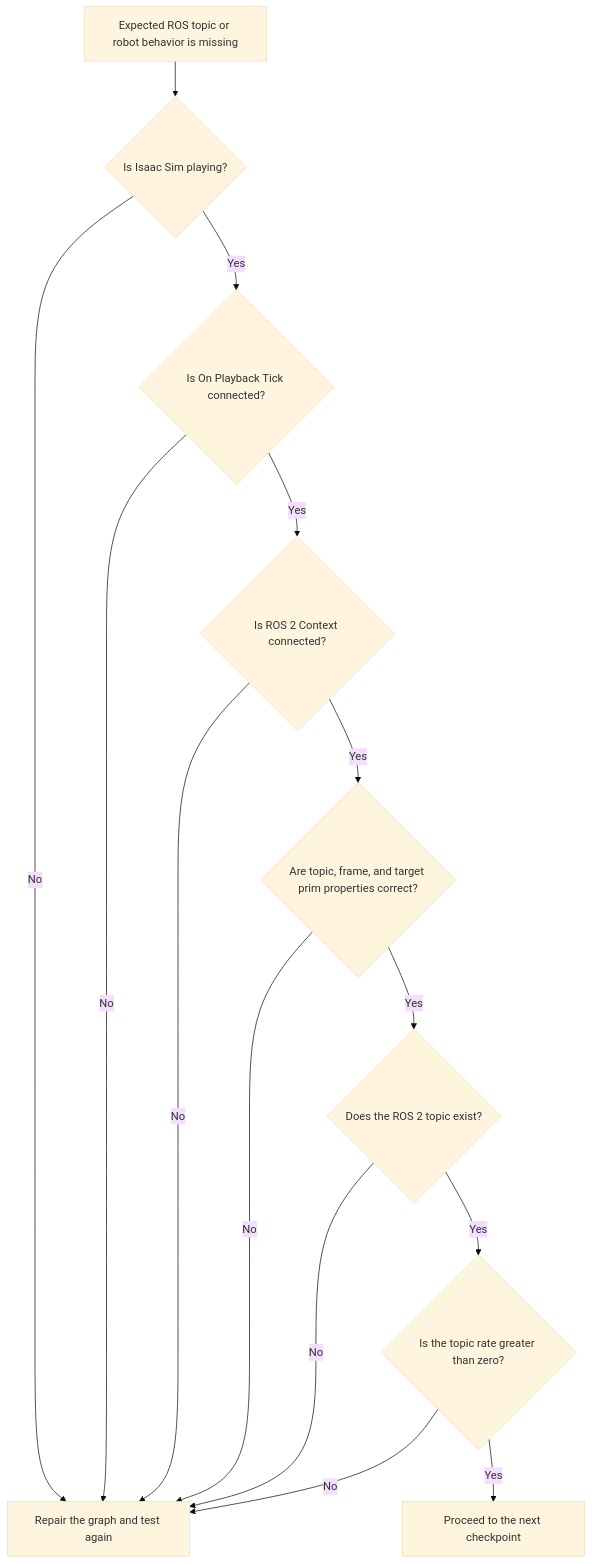
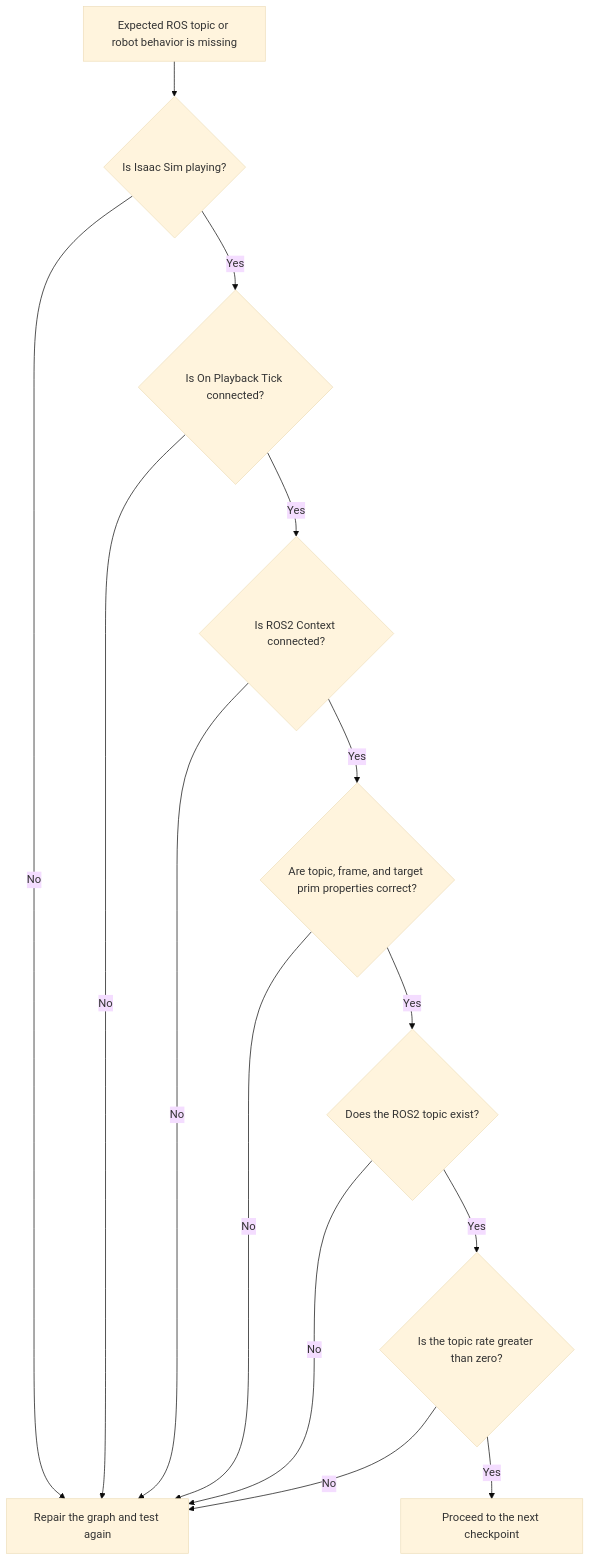
Before and after one commit to Tatwik19/Tatwik19.github.io: diagram 13 of 14 in _teaching/Robotics-Systems-I/labs/lab-03-isaac-sim/index.md, drawn with Mermaid (base theme). The commit also changed other lines of this file, not shown here.

````diff
--- a/_teaching/Robotics-Systems-I/labs/lab-03-isaac-sim/index.md
+++ b/_teaching/Robotics-Systems-I/labs/lab-03-isaac-sim/index.md
@@ -3182,26 +3218,26 @@
 ```mermaid
 flowchart TD
     Start["Expected ROS topic or robot behavior is missing"]
     Playing{"Is Isaac Sim playing?"}
     Tick{"Is On Playback Tick connected?"}
-    Context{"Is ROS 2 Context connected?"}
+    Context{"Is ROS2 Context connected?"}
     Property{"Are topic, frame, and target prim properties correct?"}
-    Topic{"Does the ROS 2 topic exist?"}
+    Topic{"Does the ROS2 topic exist?"}
     Rate{"Is the topic rate greater than zero?"}
     Fix["Repair the graph and test again"]
     Success["Proceed to the next checkpoint"]
 
     Start --> Playing
     Playing -->|"No"| Fix
     Playing -->|"Yes"| Tick
     Tick -->|"No"| Fix
     Tick -->|"Yes"| Context
     Context -->|"No"| Fix
     Context -->|"Yes"| Property
     Property -->|"No"| Fix
     Property -->|"Yes"| Topic
     Topic -->|"No"| Fix
     Topic -->|"Yes"| Rate
     Rate -->|"No"| Fix
     Rate -->|"Yes"| Success
 ```
````
